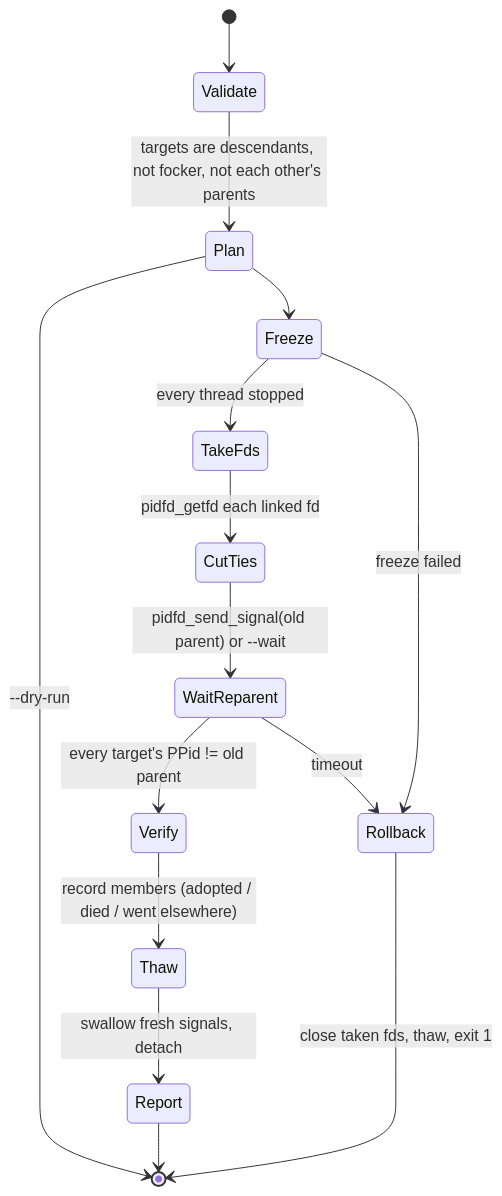
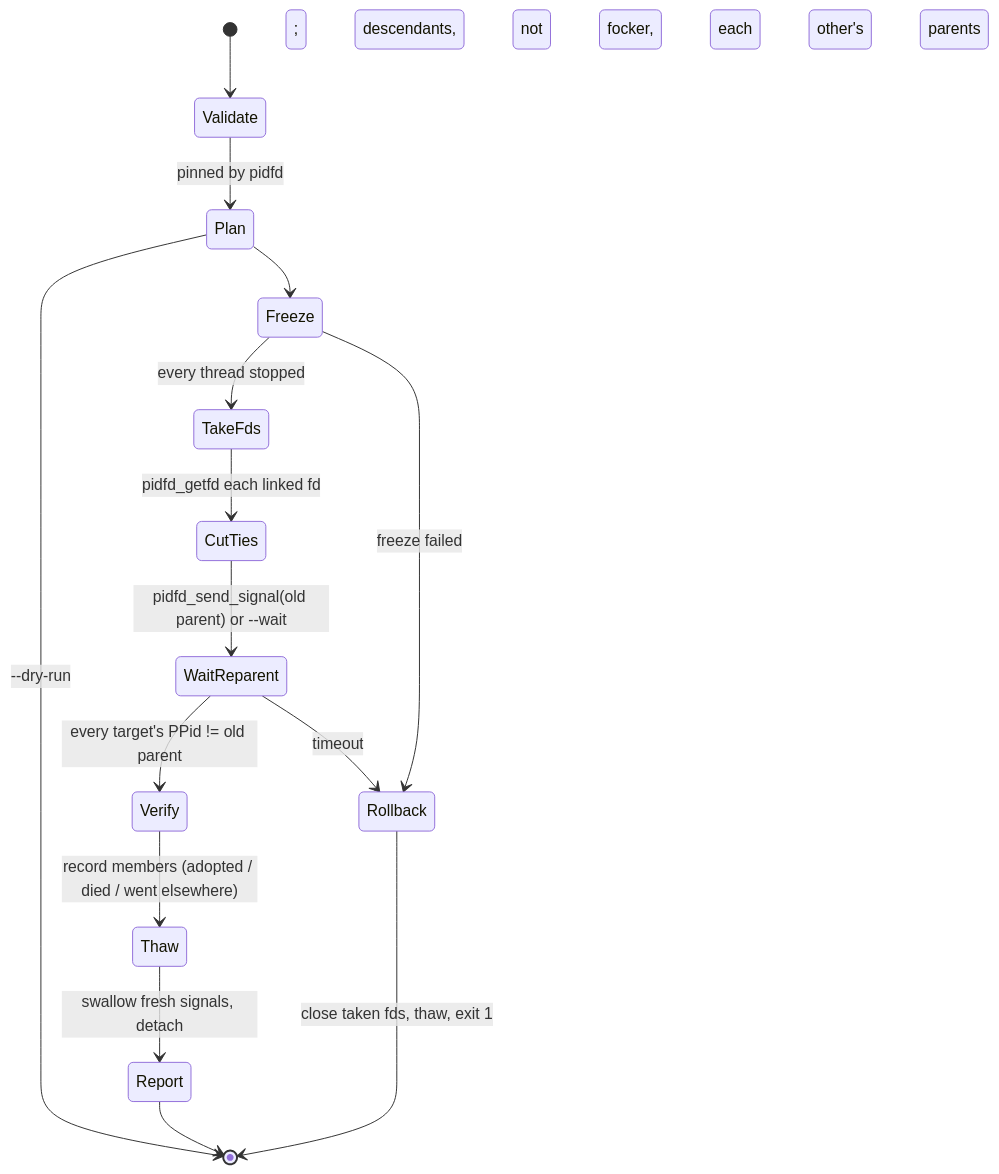
The second of 2 diagrams in docs/ARCHITECTURE.md (bsommers/focker), drawn with Mermaid before and after one commit. The commit also changed other lines of this file and 14 other files, not shown here.

````diff
--- a/docs/ARCHITECTURE.md
+++ b/docs/ARCHITECTURE.md
@@ -58,17 +58,17 @@
 ```mermaid
 stateDiagram-v2
   [*] --> Validate
-  Validate --> Plan: targets are descendants, not focker, not each other's parents
+  Validate --> Plan: pinned by pidfd; descendants, not focker, not each other's parents
   Plan --> [*]: --dry-run
   Plan --> Freeze
   Freeze --> TakeFds: every thread stopped
   Freeze --> Rollback: freeze failed
   TakeFds --> CutTies: pidfd_getfd each linked fd
   CutTies --> WaitReparent: pidfd_send_signal(old parent) or --wait
   WaitReparent --> Verify: every target's PPid != old parent
   WaitReparent --> Rollback: timeout
   Verify --> Thaw: record members (adopted / died / went elsewhere)
   Thaw --> Report: swallow fresh signals, detach
   Report --> [*]
   Rollback --> [*]: close taken fds, thaw, exit 1
 ```
````
